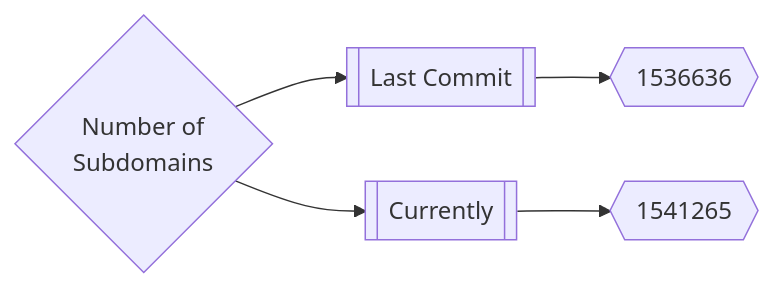
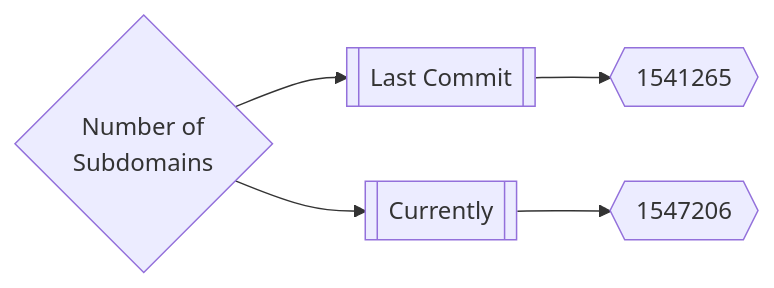
The first of 3 diagrams in README.md (trickest/inventory), drawn with Mermaid before and after one commit. The commit also changed other lines of this file, not shown here.

Commit message:
Update Sun Apr 24 01:58:38 UTC 2022

````diff
--- a/README.md
+++ b/README.md
@@ -165,5 +165,5 @@
 ```mermaid
 graph LR
-title{Number of<br>Subdomains} --> subdomainsDate1[[Last Commit]] --> subdomainsNum1{{1536636}}
-title --> subdomainsDate2[[Currently]] --> subdomainsNum2{{1541265}}
+title{Number of<br>Subdomains} --> subdomainsDate1[[Last Commit]] --> subdomainsNum1{{1541265}}
+title --> subdomainsDate2[[Currently]] --> subdomainsNum2{{1547206}}
 ```
````
